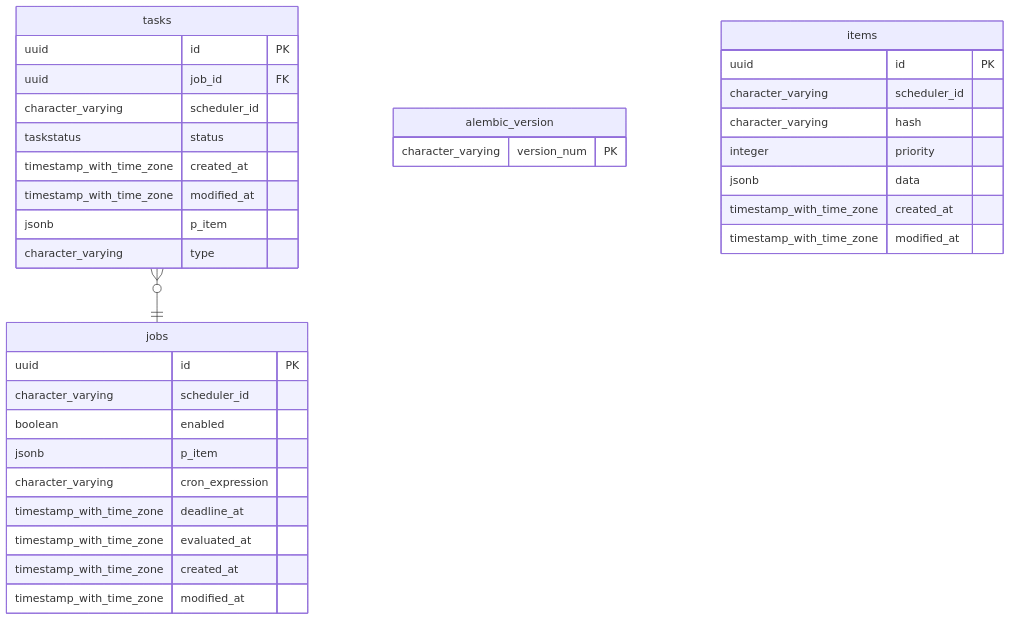
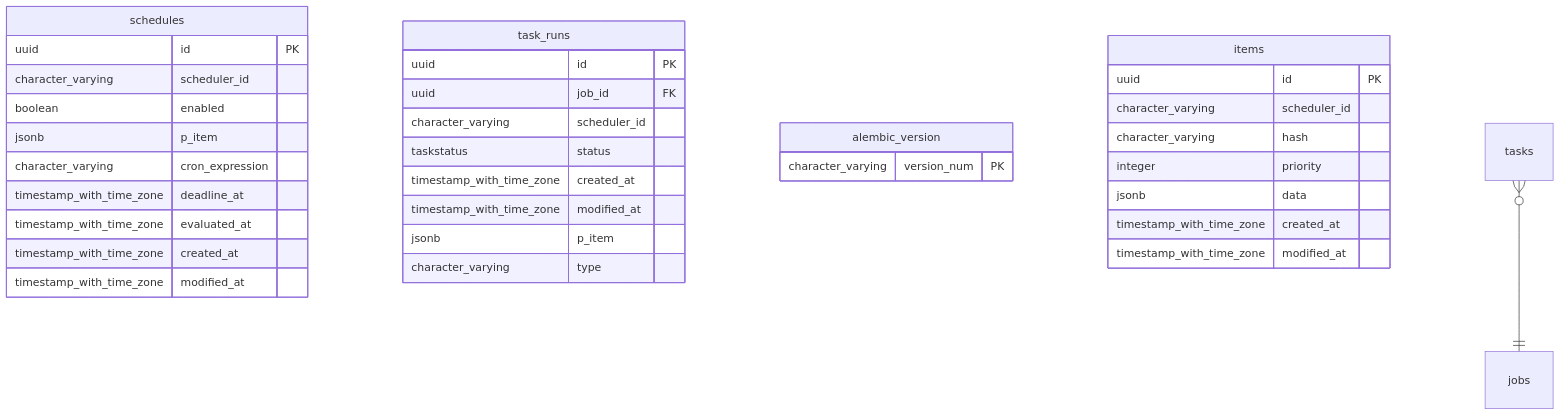
The second of 2 diagrams in mula/docs/architecture.md (minvws/nl-kat-coordination), drawn with Mermaid before and after one commit.

````diff
--- a/mula/docs/architecture.md
+++ b/mula/docs/architecture.md
@@ -502,39 +502,39 @@
 ```mermaid
 erDiagram
-jobs {
+schedules {
     uuid id PK
     character_varying scheduler_id
     boolean enabled
     jsonb p_item
     character_varying cron_expression
     timestamp_with_time_zone deadline_at
     timestamp_with_time_zone evaluated_at
     timestamp_with_time_zone created_at
     timestamp_with_time_zone modified_at
 }
-tasks {
+task_runs {
     uuid id PK
     uuid job_id FK
     character_varying scheduler_id
     taskstatus status
     timestamp_with_time_zone created_at
     timestamp_with_time_zone modified_at
     jsonb p_item
     character_varying type
 }
 alembic_version {
     character_varying version_num PK
 }
 items {
     uuid id PK
     character_varying scheduler_id
     character_varying hash
     integer priority
     jsonb data
     timestamp_with_time_zone created_at
     timestamp_with_time_zone modified_at
 }
 
 
 tasks }o--|| jobs: ""
 ```
````
